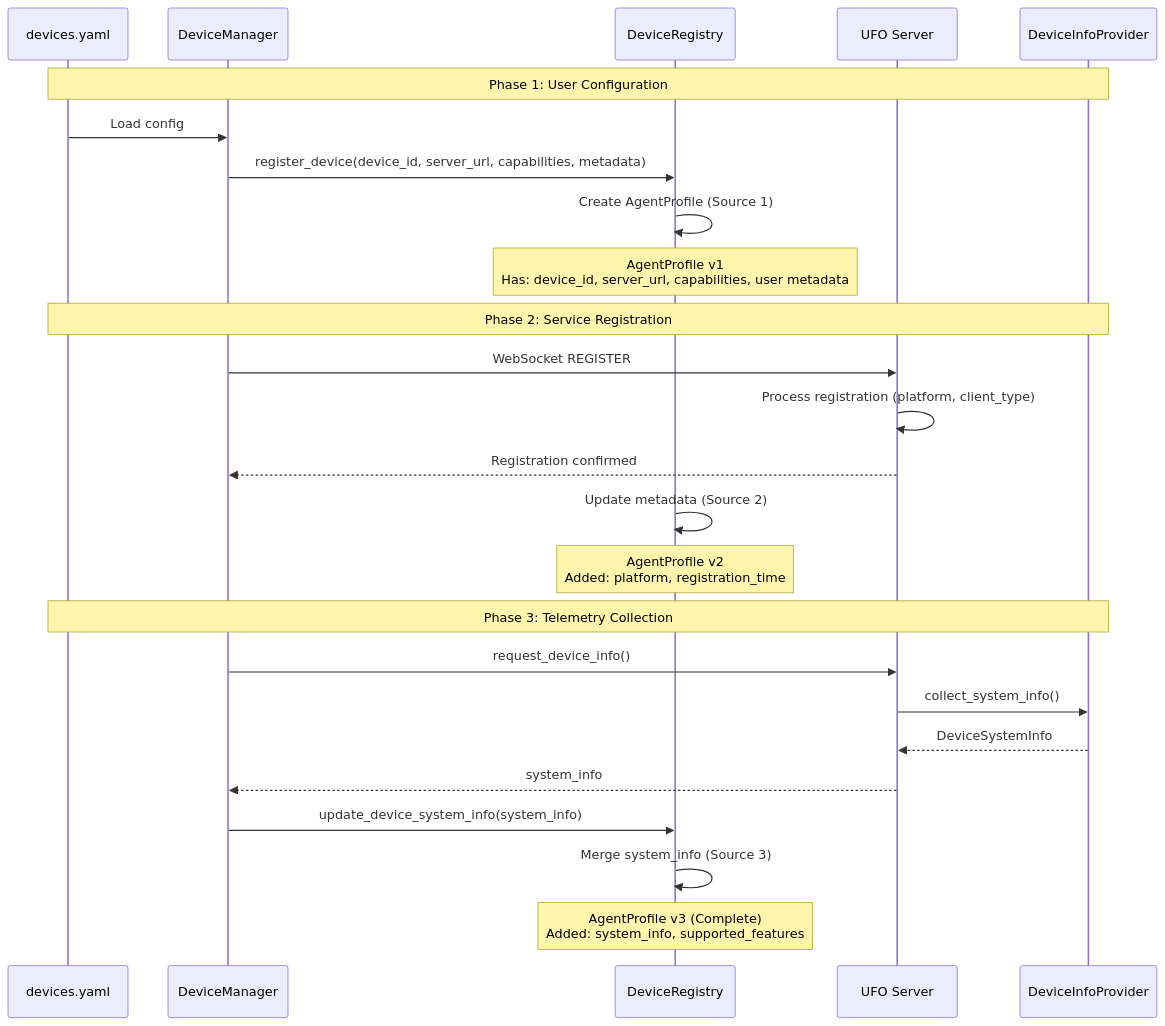
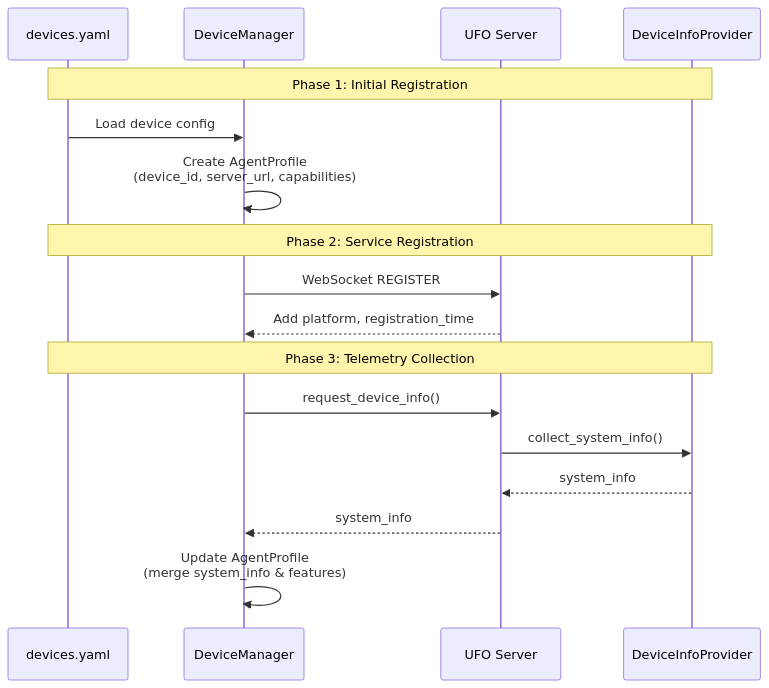
The second of 3 diagrams in documents/docs/galaxy/agent_registration/agent_profile.md (microsoft/UFO), drawn with Mermaid before and after one commit. The commit also changed other lines of this file and 19 other files, not shown here.

````diff
--- a/documents/docs/galaxy/agent_registration/agent_profile.md
+++ b/documents/docs/galaxy/agent_registration/agent_profile.md
@@ -276,30 +256,22 @@
 ```mermaid
 sequenceDiagram
     participant Config as devices.yaml
     participant Manager as DeviceManager
-    participant Registry as DeviceRegistry
     participant Server as UFO Server
     participant Telemetry as DeviceInfoProvider
     
-    Note over Config,Telemetry: Phase 1: User Configuration
-    Config->>Manager: Load config
-    Manager->>Registry: register_device(device_id, server_url, capabilities, metadata)
-    Registry->>Registry: Create AgentProfile (Source 1)
-    Note over Registry: AgentProfile v1<br/>Has: device_id, server_url, capabilities, user metadata
+    Note over Config,Telemetry: Phase 1: Initial Registration
+    Config->>Manager: Load device config
+    Manager->>Manager: Create AgentProfile<br/>(device_id, server_url, capabilities)
     
     Note over Config,Telemetry: Phase 2: Service Registration
     Manager->>Server: WebSocket REGISTER
-    Server->>Server: Process registration (platform, client_type)
-    Server-->>Manager: Registration confirmed
-    Registry->>Registry: Update metadata (Source 2)
-    Note over Registry: AgentProfile v2<br/>Added: platform, registration_time
+    Server-->>Manager: Add platform, registration_time
     
     Note over Config,Telemetry: Phase 3: Telemetry Collection
     Manager->>Server: request_device_info()
     Server->>Telemetry: collect_system_info()
-    Telemetry-->>Server: DeviceSystemInfo
+    Telemetry-->>Server: system_info
     Server-->>Manager: system_info
-    Manager->>Registry: update_device_system_info(system_info)
-    Registry->>Registry: Merge system_info (Source 3)
-    Note over Registry: AgentProfile v3 (Complete)<br/>Added: system_info, supported_features
+    Manager->>Manager: Update AgentProfile<br/>(merge system_info & features)
 ```
````
